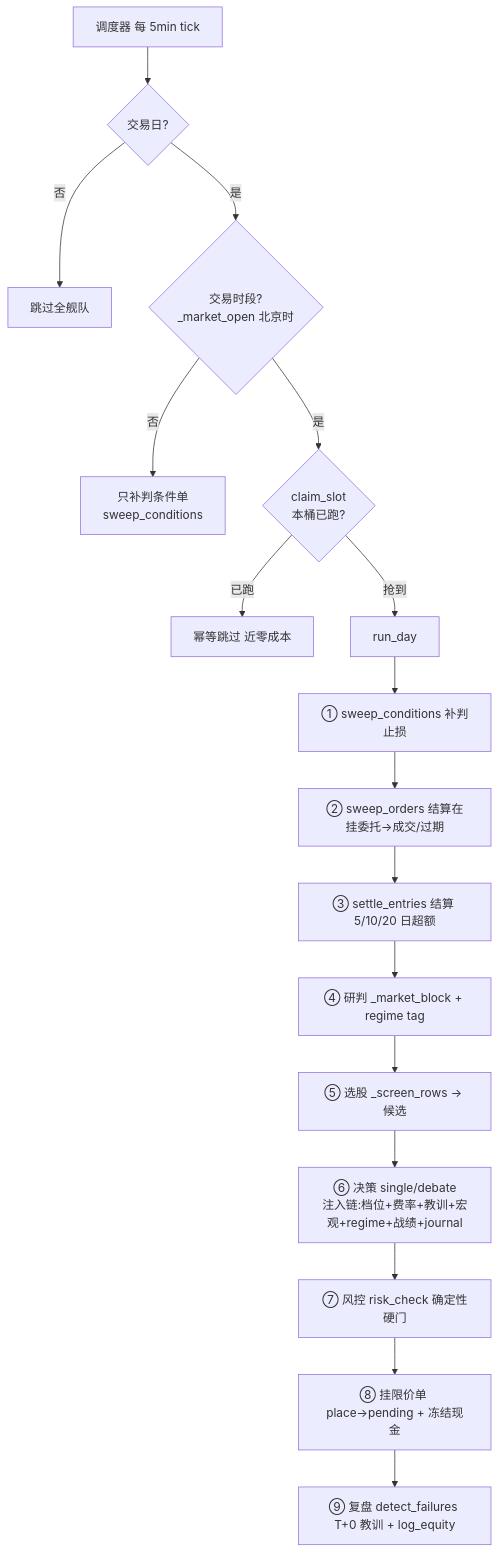
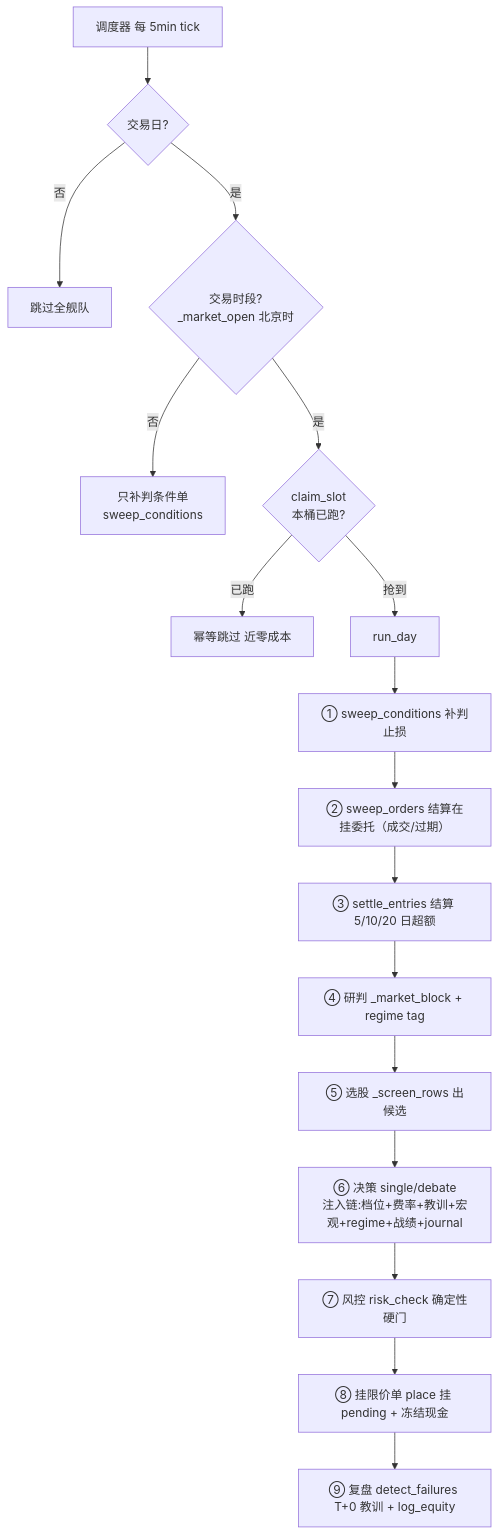
Before and after one commit to Gresham429/A-stock: the first of 2 diagrams in plan/2026-07-18-agent-logic-map.md, drawn with Mermaid. The commit also changed other lines of this file and 18 other files, not shown here.

````diff
--- a/plan/2026-07-18-agent-logic-map.md
+++ b/plan/2026-07-18-agent-logic-map.md
@@ -17,19 +19,19 @@
 ```mermaid
 flowchart TD
   TICK[调度器 每 5min tick] --> Ga{交易日?}
   Ga -- 否 --> SkA[跳过全舰队]
   Ga -- 是 --> Gb{交易时段?<br/>_market_open 北京时}
   Gb -- 否 --> SwOnly[只补判条件单<br/>sweep_conditions]
   Gb -- 是 --> Gc{claim_slot<br/>本桶已跑?}
   Gc -- 已跑 --> SkC[幂等跳过 近零成本]
   Gc -- 抢到 --> P0[run_day]
   P0 --> P1[① sweep_conditions 补判止损]
-  P1 --> P2[② sweep_orders 结算在挂委托→成交/过期]
+  P1 --> P2[② sweep_orders 结算在挂委托（成交/过期）]
   P2 --> P3[③ settle_entries 结算 5/10/20 日超额]
   P3 --> P4[④ 研判 _market_block + regime tag]
-  P4 --> P5[⑤ 选股 _screen_rows → 候选]
+  P4 --> P5[⑤ 选股 _screen_rows 出候选]
   P5 --> P6[⑥ 决策 single/debate<br/>注入链:档位+费率+教训+宏观+regime+战绩+journal]
   P6 --> P7[⑦ 风控 risk_check 确定性硬门]
-  P7 --> P8[⑧ 挂限价单 place→pending + 冻结现金]
+  P7 --> P8[⑧ 挂限价单 place 挂 pending + 冻结现金]
   P8 --> P9[⑨ 复盘 detect_failures T+0 教训 + log_equity]
 ```
````
